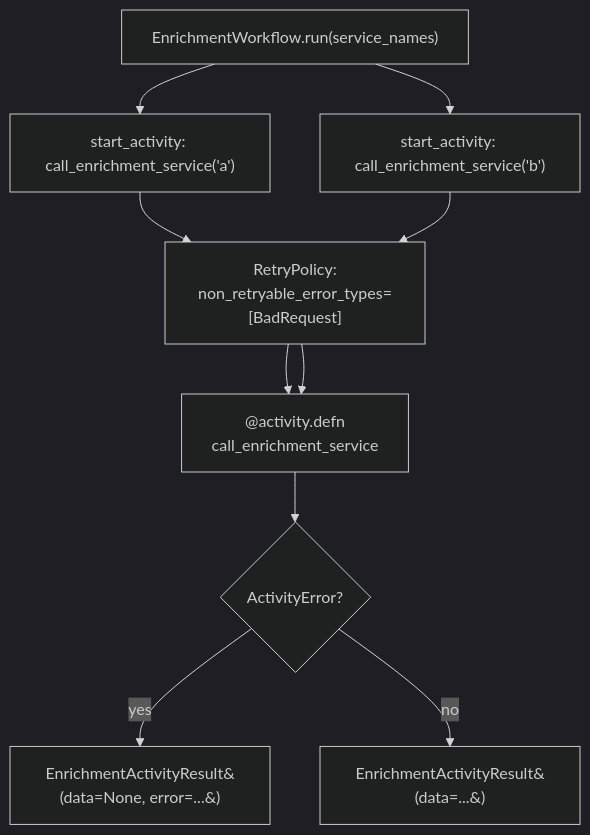
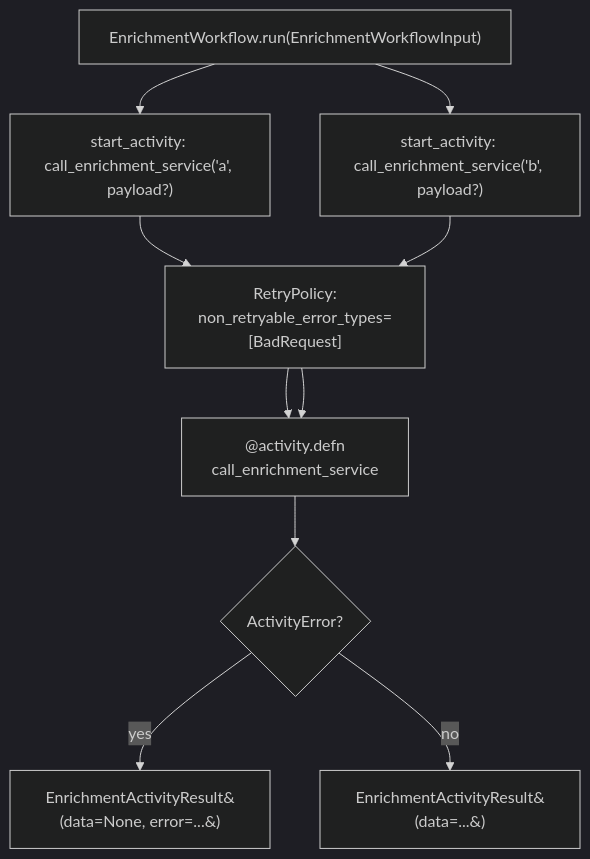
The second of 2 diagrams in docs/walkthrough/05-enrichment.md (rajubhimani/trade-pipeline), drawn with Mermaid (dark theme) before and after one commit. The commit also changed other lines of this file and 13 other files, not shown here.

````diff
--- a/docs/walkthrough/05-enrichment.md
+++ b/docs/walkthrough/05-enrichment.md
@@ -72,15 +72,15 @@
 ```mermaid
 flowchart TD
-    W["EnrichmentWorkflow.run(service_names)"]
-    SA1["start_activity: call_enrichment_service('a')"]
-    SA2["start_activity: call_enrichment_service('b')"]
+    W["EnrichmentWorkflow.run(EnrichmentWorkflowInput)"]
+    SA1["start_activity: call_enrichment_service('a', payload?)"]
+    SA2["start_activity: call_enrichment_service('b', payload?)"]
     RP["RetryPolicy:<br/>non_retryable_error_types=[BadRequest]"]
     Act["@activity.defn<br/>call_enrichment_service"]
     AE{ActivityError?}
 
     W --> SA1 --> RP --> Act
     W --> SA2 --> RP --> Act
     Act --> AE
     AE -->|yes| Degrade[EnrichmentActivityResult&#40;data=None, error=...&#41;]
     AE -->|no| Ok[EnrichmentActivityResult&#40;data=...&#41;]
 ```
````
